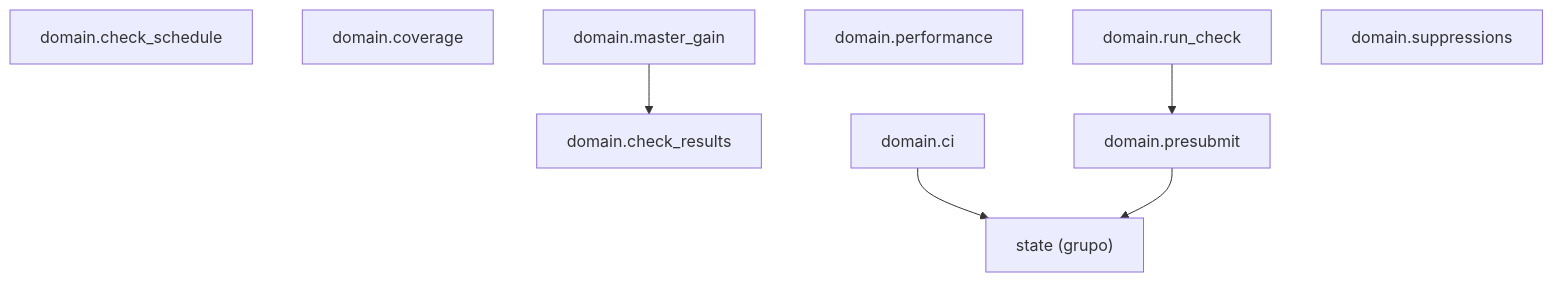
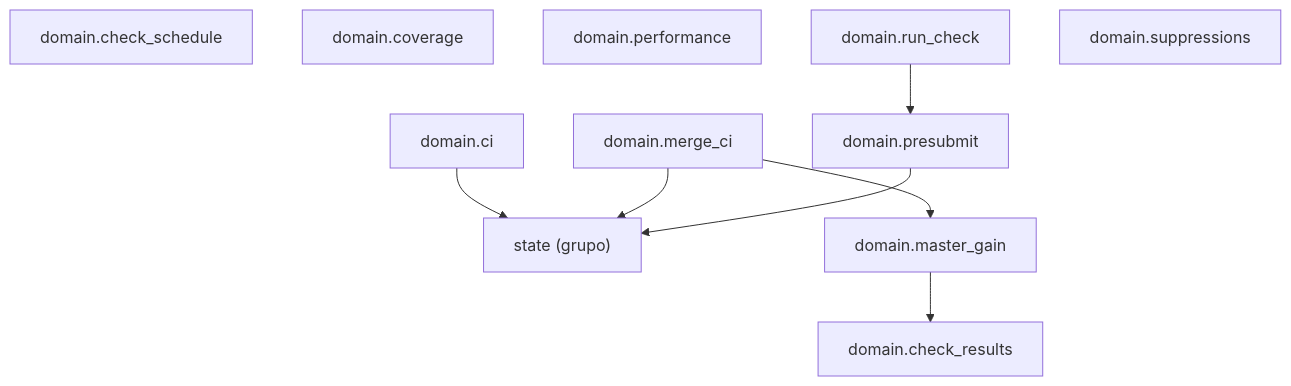
Before and after one commit to GonzaloZevallos/agentic-system: the diagram in docs/architecture/generated/packages-process-domain-checks.md, drawn with Mermaid. The commit also changed 6 other files, not shown here.

Commit message:
Register domain.merge_ci in the docs clusters and regenerate (GH-463)

````diff
--- a/docs/architecture/generated/packages-process-domain-checks.md
+++ b/docs/architecture/generated/packages-process-domain-checks.md
@@ -11,17 +11,20 @@
 ```mermaid
 graph TD
     g_domain__state["state (grupo)"]
     m_domain__check_results["domain.check_results"]
     m_domain__check_schedule["domain.check_schedule"]
     m_domain__ci["domain.ci"]
     m_domain__coverage["domain.coverage"]
     m_domain__master_gain["domain.master_gain"]
+    m_domain__merge_ci["domain.merge_ci"]
     m_domain__performance["domain.performance"]
     m_domain__presubmit["domain.presubmit"]
     m_domain__run_check["domain.run_check"]
     m_domain__suppressions["domain.suppressions"]
     m_domain__ci --> g_domain__state
     m_domain__master_gain --> m_domain__check_results
+    m_domain__merge_ci --> g_domain__state
+    m_domain__merge_ci --> m_domain__master_gain
     m_domain__presubmit --> g_domain__state
     m_domain__run_check --> m_domain__presubmit
 ```
````
